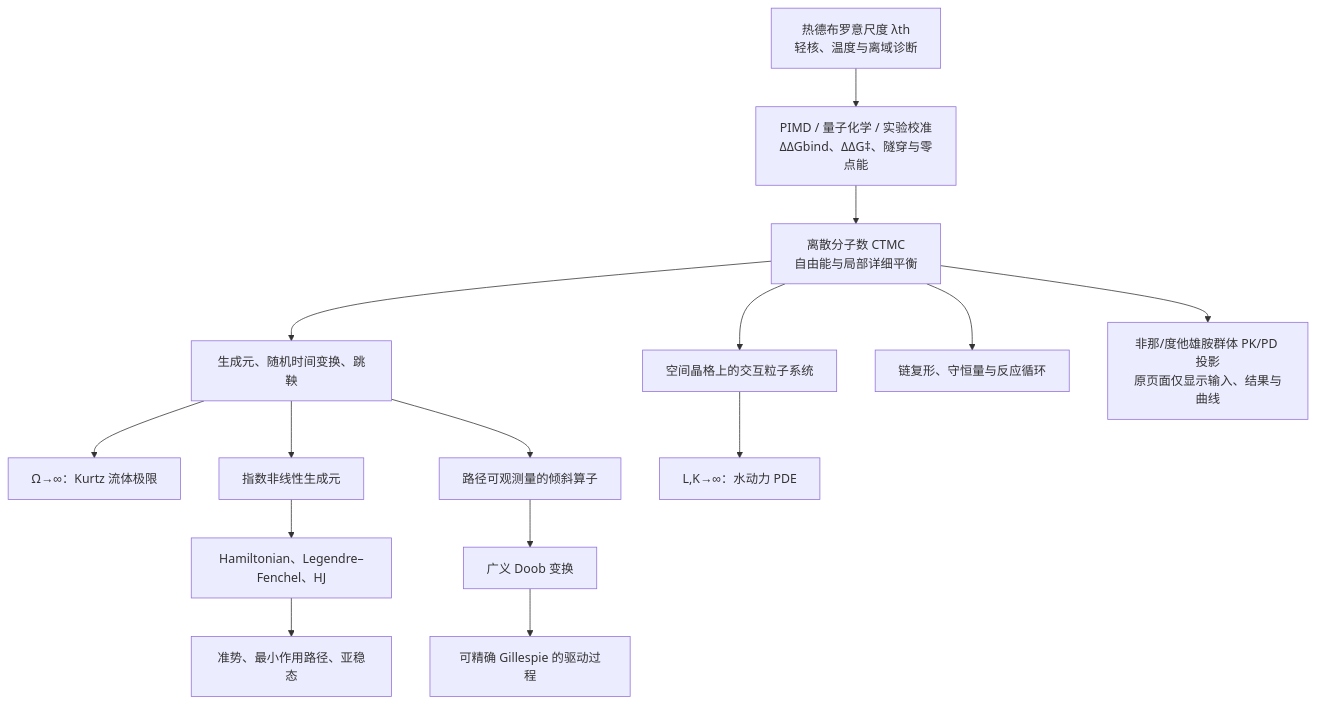
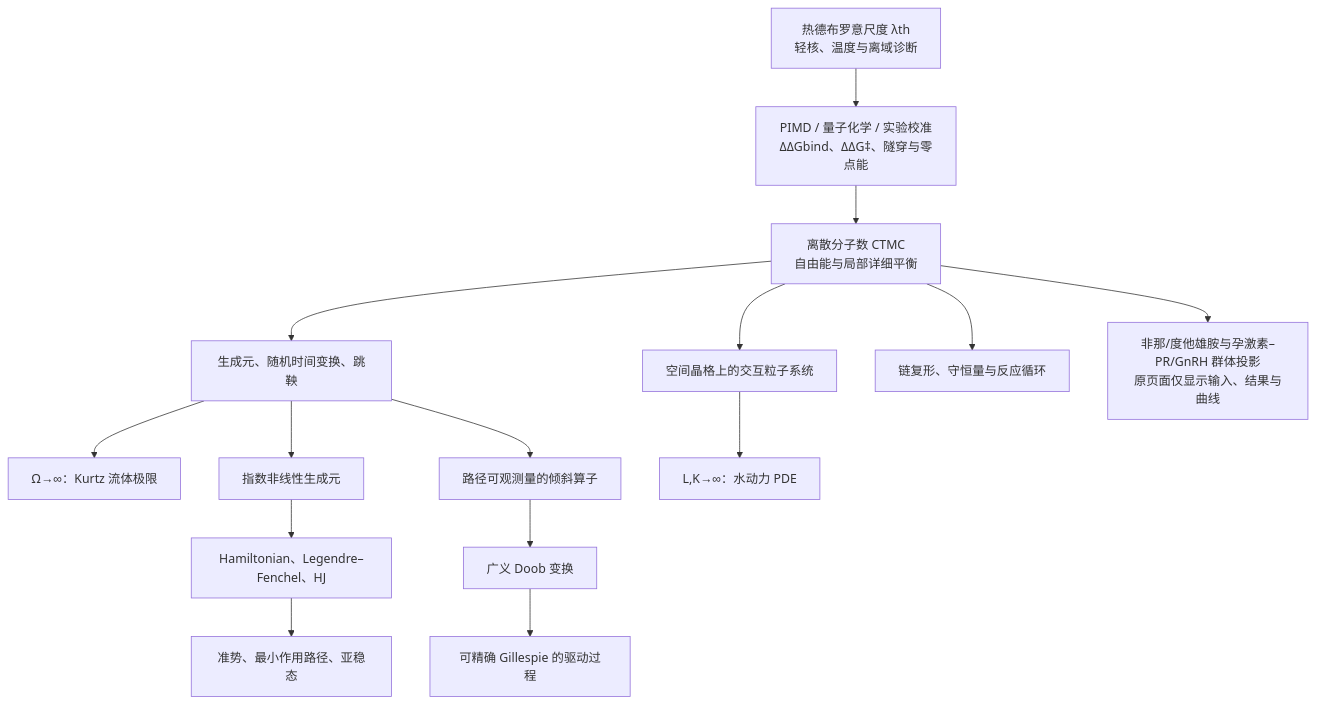
Before and after one commit to yumeminekosan/Hrt-kaffee: the diagram in ar-kotlin/docs/FLOW_AUDIT.md, drawn with Mermaid. The commit also changed other lines of this file and 15 other files, not shown here.

````diff
--- a/ar-kotlin/docs/FLOW_AUDIT.md
+++ b/ar-kotlin/docs/FLOW_AUDIT.md
@@ -5,17 +5,17 @@
 ```mermaid
 flowchart TD
     Q["热德布罗意尺度 λth<br/>轻核、温度与离域诊断"] --> Q1["PIMD / 量子化学 / 实验校准<br/>ΔΔGbind、ΔΔG‡、隧穿与零点能"]
     Q1 --> A["离散分子数 CTMC<br/>自由能与局部详细平衡"]
     A --> B["生成元、随机时间变换、跳鞅"]
     B --> C["Ω→∞：Kurtz 流体极限"]
     B --> D["指数非线性生成元"]
     D --> E["Hamiltonian、Legendre–Fenchel、HJ"]
     E --> F["准势、最小作用路径、亚稳态"]
     B --> G["路径可观测量的倾斜算子"]
     G --> H["广义 Doob 变换"]
     H --> I["可精确 Gillespie 的驱动过程"]
     A --> J["空间晶格上的交互粒子系统"]
     J --> K["L,K→∞：水动力 PDE"]
     A --> L["链复形、守恒量与反应循环"]
-    A --> M["非那/度他雄胺群体 PK/PD 投影<br/>原页面仅显示输入、结果与曲线"]
+    A --> M["非那/度他雄胺与孕激素–PR/GnRH 群体投影<br/>原页面仅显示输入、结果与曲线"]
 ```
````
